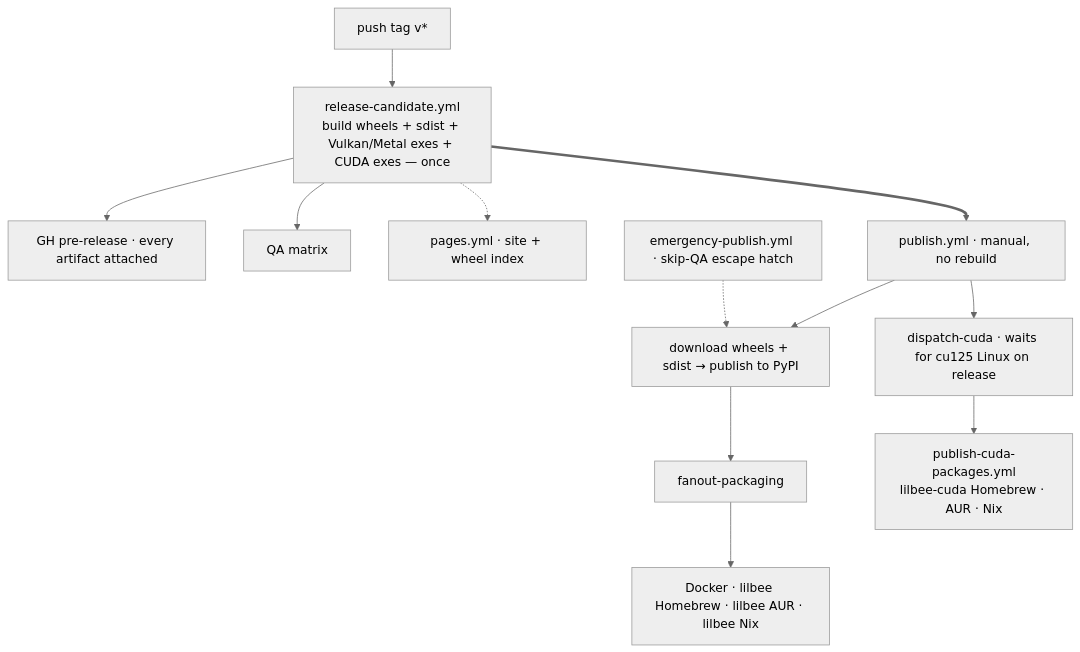
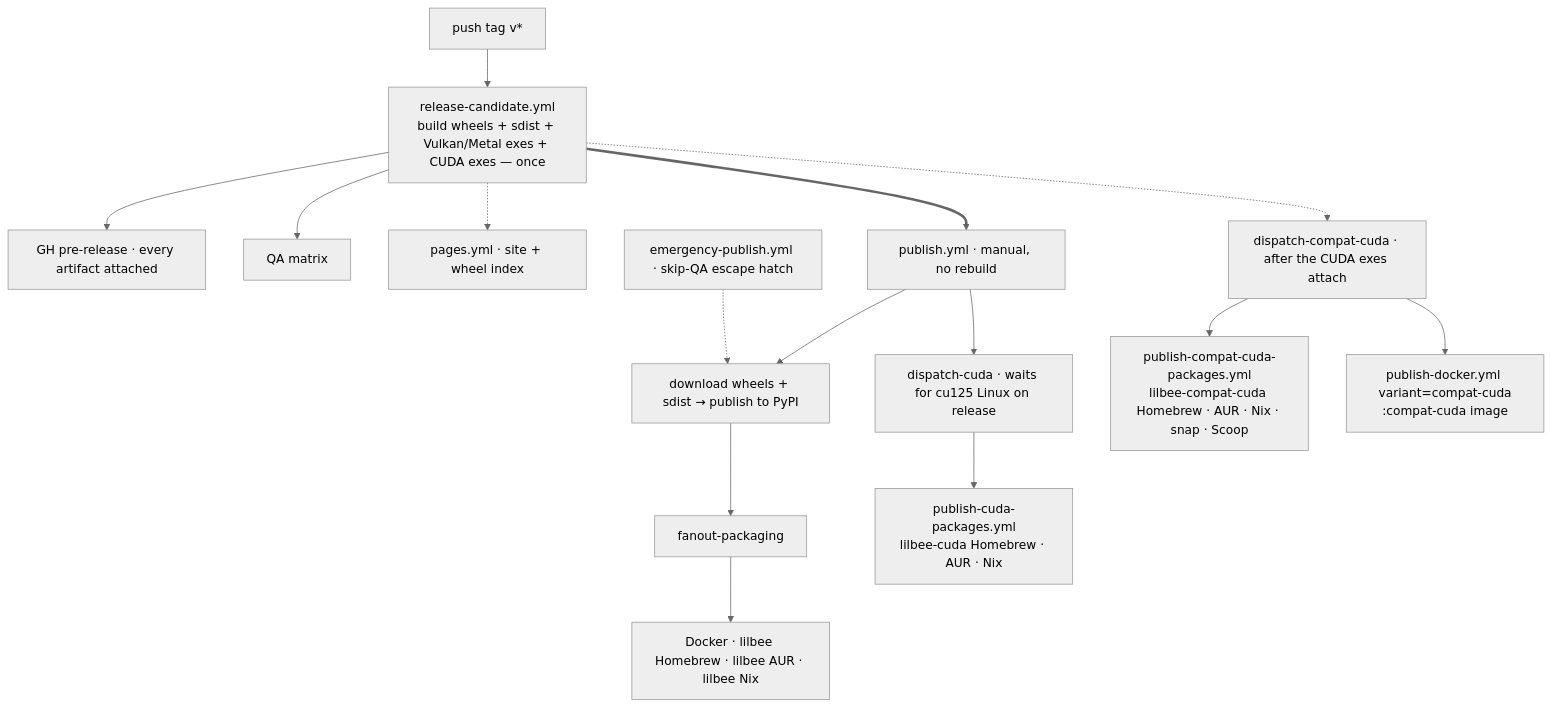
Before and after one commit to tobocop2/lilbee: diagram 15 of 16 in docs/architecture.md, drawn with Mermaid (neutral theme). The commit also changed other lines of this file and 3 other files, not shown here.

First line of the commit message:
Document the compat CUDA channels

````diff
--- a/docs/architecture.md
+++ b/docs/architecture.md
@@ -1747,14 +1747,17 @@
 ```mermaid
 flowchart TB
     TAG["push tag v*"] --> RC["release-candidate.yml<br/>build wheels + sdist + Vulkan/Metal exes + CUDA exes — once"]
     RC --> PRE["GH pre-release · every artifact attached"]
     RC --> QA["QA matrix"]
     RC -.-> PAGES["pages.yml · site + wheel index"]
     RC ==> PUB["publish.yml · manual, no rebuild"]
     PUB --> PYPI["download wheels + sdist → publish to PyPI"]
     PYPI --> FAN["fanout-packaging"]
     FAN --> PKG["Docker · lilbee Homebrew · lilbee AUR · lilbee Nix"]
     PUB --> CUDAFAN["dispatch-cuda · waits for cu125 Linux on release"]
     CUDAFAN --> CUDAPKG["publish-cuda-packages.yml<br/>lilbee-cuda Homebrew · AUR · Nix"]
+    RC -.-> CCFAN["dispatch-compat-cuda · after the CUDA exes attach"]
+    CCFAN --> CCPKG["publish-compat-cuda-packages.yml<br/>lilbee-compat-cuda Homebrew · AUR · Nix · snap · Scoop"]
+    CCFAN --> CCDOCK["publish-docker.yml variant=compat-cuda<br/>:compat-cuda image"]
     EMG["emergency-publish.yml · skip-QA escape hatch"] -.-> PYPI
 ```
````
